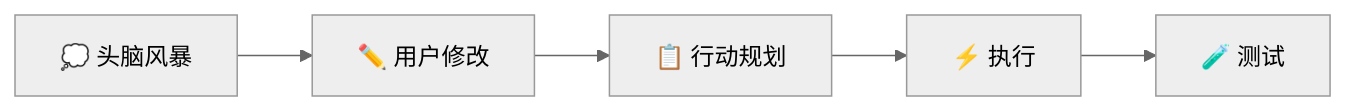
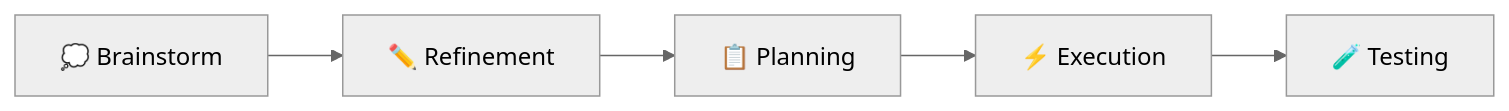
One commit to 74587/Claude-Code-Workflow changed the fourth of 4 diagrams in README.md. Above: the diagram before and after it, drawn with Mermaid (neutral theme). The commit also changed other lines of this file and 1 other file, not shown here.

````diff
--- a/README.md
+++ b/README.md
@@ -344,7 +344,7 @@
 ```mermaid
 graph LR
-    A[💭 头脑风暴] --> B[✏️ 用户修改]
-    B --> C[📋 行动规划]
-    C --> D[⚡ 执行]
-    D --> E[🧪 测试]
+    A[💭 Brainstorm] --> B[✏️ Refinement]
+    B --> C[📋 Planning]
+    C --> D[⚡ Execution]
+    D --> E[🧪 Testing]
 ```
````
